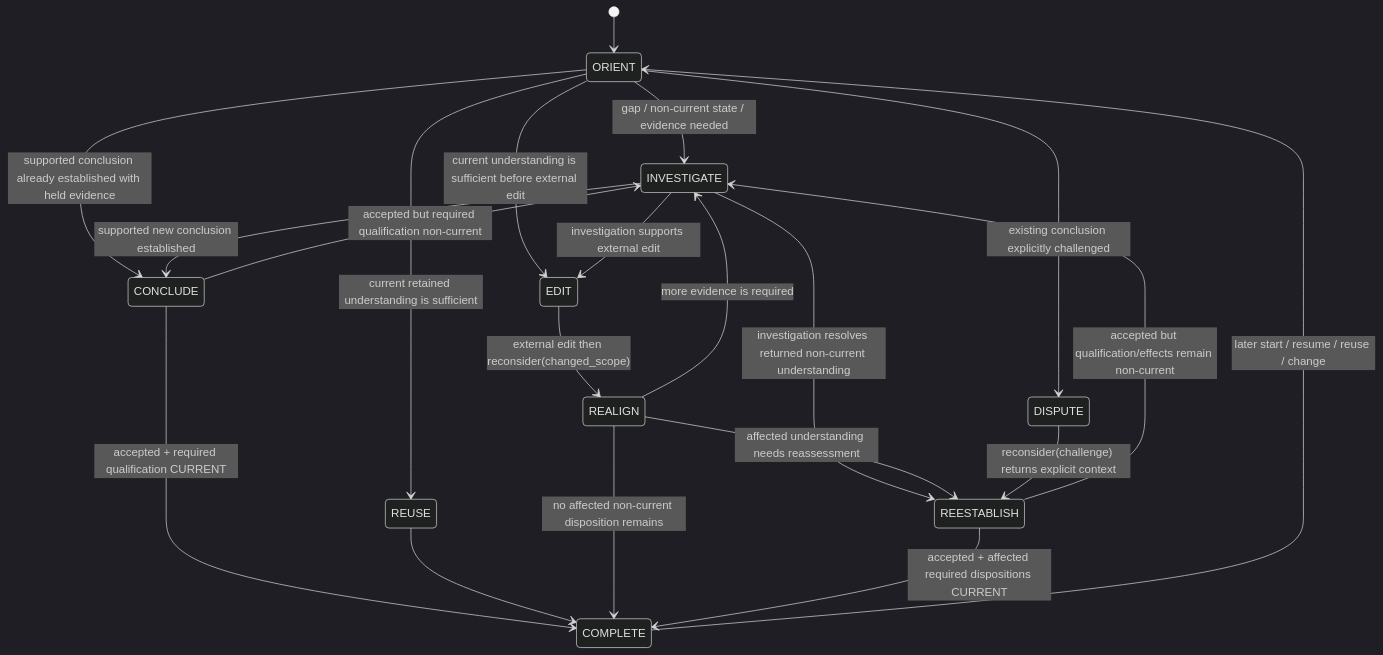
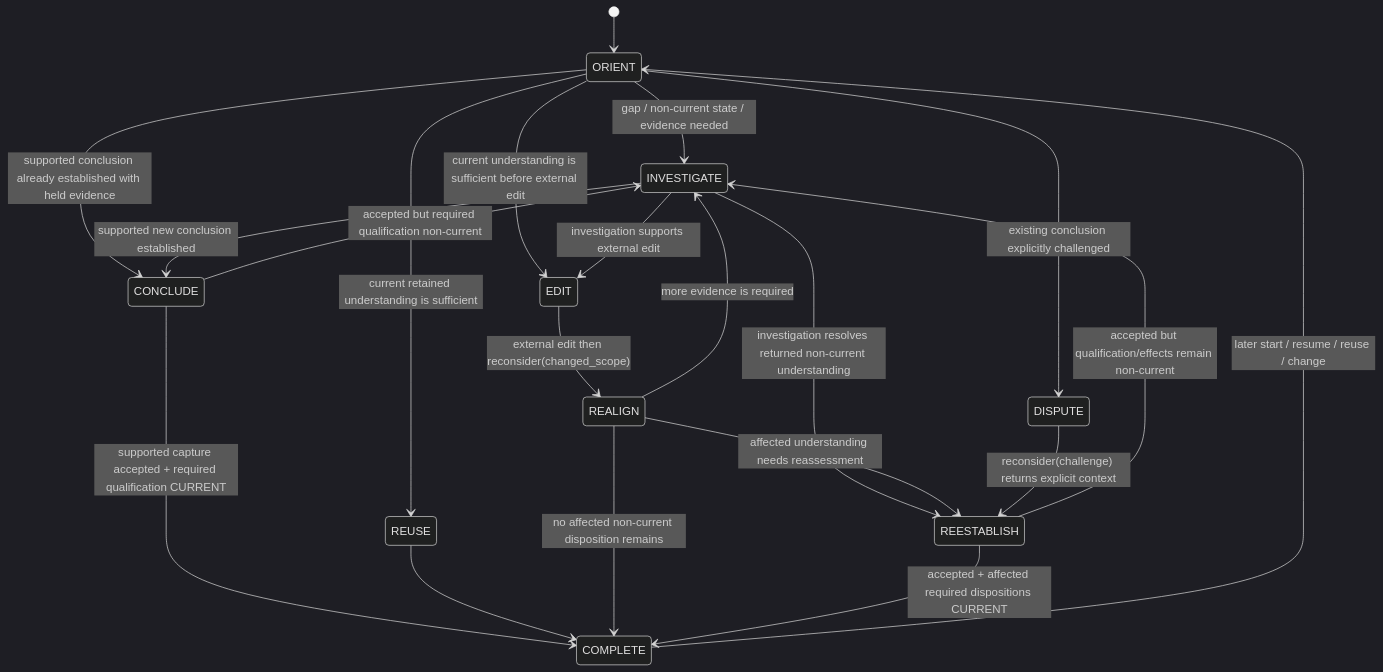
One commit to pontivus-com/span changed the second of 2 diagrams in docs/lifecycle-contract.md. Above: the diagram before and after it, drawn with Mermaid (dark theme). The commit also changed other lines of this file and 78 other files, not shown here.

````diff
--- a/docs/lifecycle-contract.md
+++ b/docs/lifecycle-contract.md
@@ -1151,30 +1229,30 @@
 ```mermaid
 stateDiagram-v2
     [*] --> ORIENT
 
     ORIENT --> REUSE: current retained understanding is sufficient
     ORIENT --> INVESTIGATE: gap / non-current state / evidence needed
     ORIENT --> CONCLUDE: supported conclusion already established with held evidence
     ORIENT --> EDIT: current understanding is sufficient before external edit
     ORIENT --> DISPUTE: existing conclusion explicitly challenged
 
     INVESTIGATE --> CONCLUDE: supported new conclusion established
     INVESTIGATE --> REESTABLISH: investigation resolves returned non-current understanding
     INVESTIGATE --> EDIT: investigation supports external edit
 
-    CONCLUDE --> COMPLETE: accepted + required qualification CURRENT
+    CONCLUDE --> COMPLETE: supported capture accepted + required qualification CURRENT
     CONCLUDE --> INVESTIGATE: accepted but required qualification non-current
     REUSE --> COMPLETE
 
     EDIT --> REALIGN: external edit then reconsider(changed_scope)
     REALIGN --> COMPLETE: no affected non-current disposition remains
     REALIGN --> REESTABLISH: affected understanding needs reassessment
     REALIGN --> INVESTIGATE: more evidence is required
 
     REESTABLISH --> COMPLETE: accepted + affected required dispositions CURRENT
     REESTABLISH --> INVESTIGATE: accepted but qualification/effects remain non-current
 
     DISPUTE --> REESTABLISH: reconsider(challenge) returns explicit context
 
     COMPLETE --> ORIENT: later start / resume / reuse / change
 ```
````
